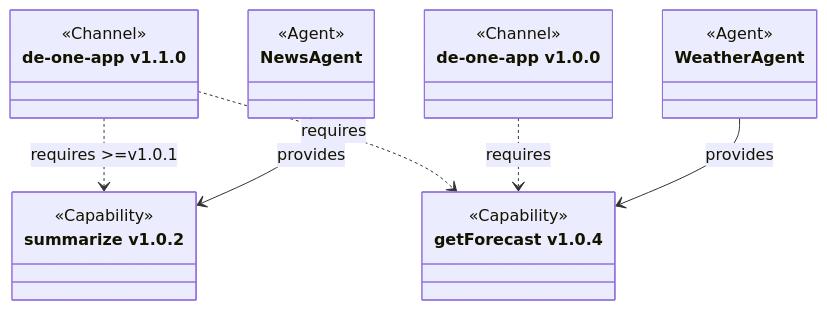
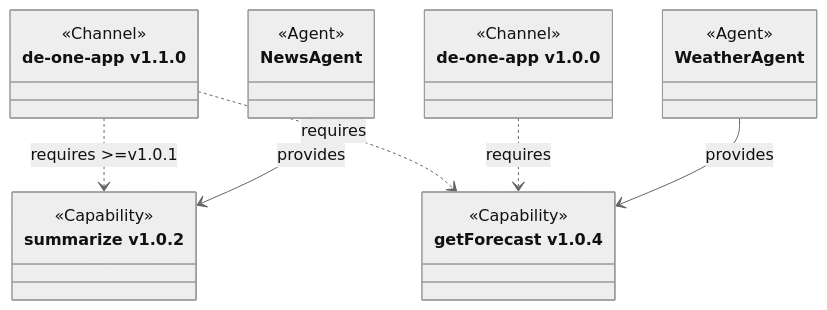
Before and after one commit to lmos-ai/lmos-talk: the second of 2 diagrams in slides.md, drawn with Mermaid. The commit also changed other lines of this file and 3 other files, not shown here.

````diff
--- a/slides.md
+++ b/slides.md
@@ -443,29 +454,30 @@
 ```mermaid
+%%{init: {'theme':'neutral'}}%%
 classDiagram
 
 class NewsAgent{
     <<Agent>>
 }
 class WeatherAgent{
     <<Agent>>
 }
 class one-app-stable["de-one-app v1.0.0"]{
     <<Channel>>
 }
 class one-app-canary["de-one-app v1.1.0"]{
     <<Channel>>
 }
 
 class getForecast["getForecast v1.0.4"]
 <<Capability>> getForecast
 class summarize["summarize v1.0.2"]
 <<Capability>> summarize
 WeatherAgent --> getForecast :provides
 NewsAgent --> summarize :provides
 
 one-app-stable ..> getForecast :requires
 one-app-canary  ..> getForecast :requires
 one-app-canary  ..> summarize :requires  >=v1.0.1
 
 
 ```
````
